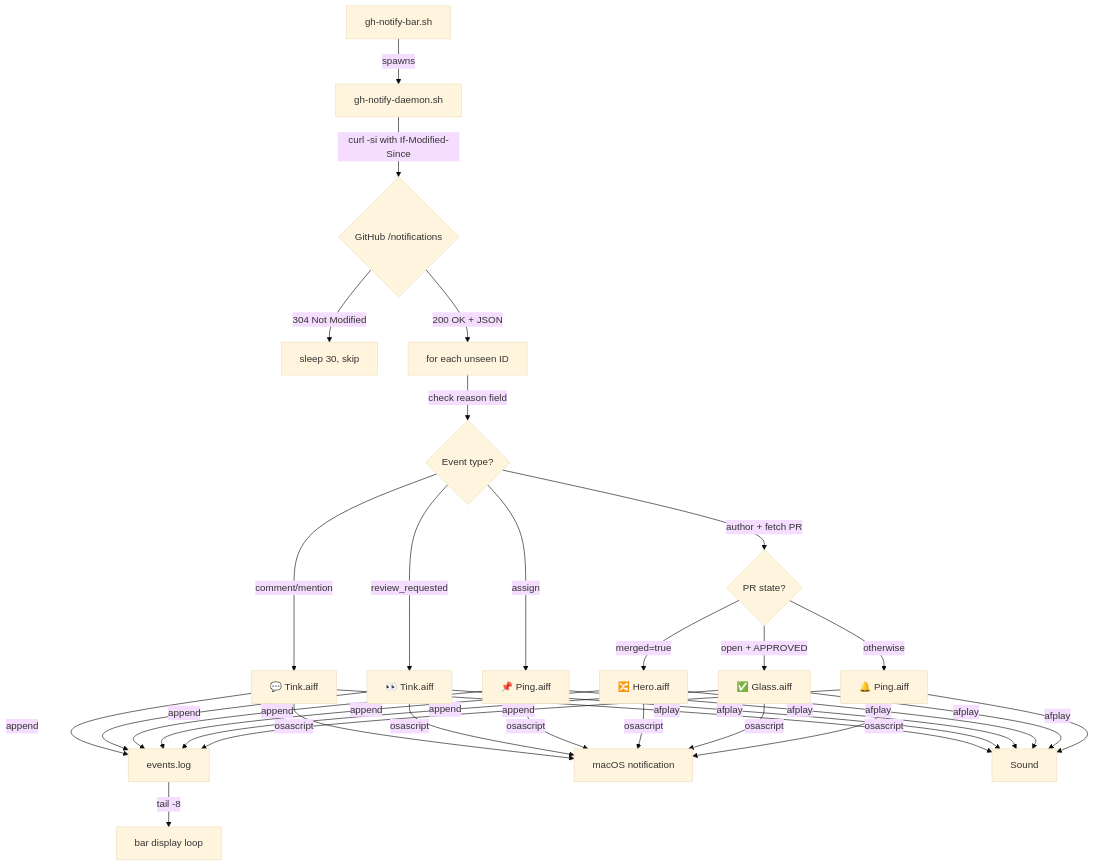
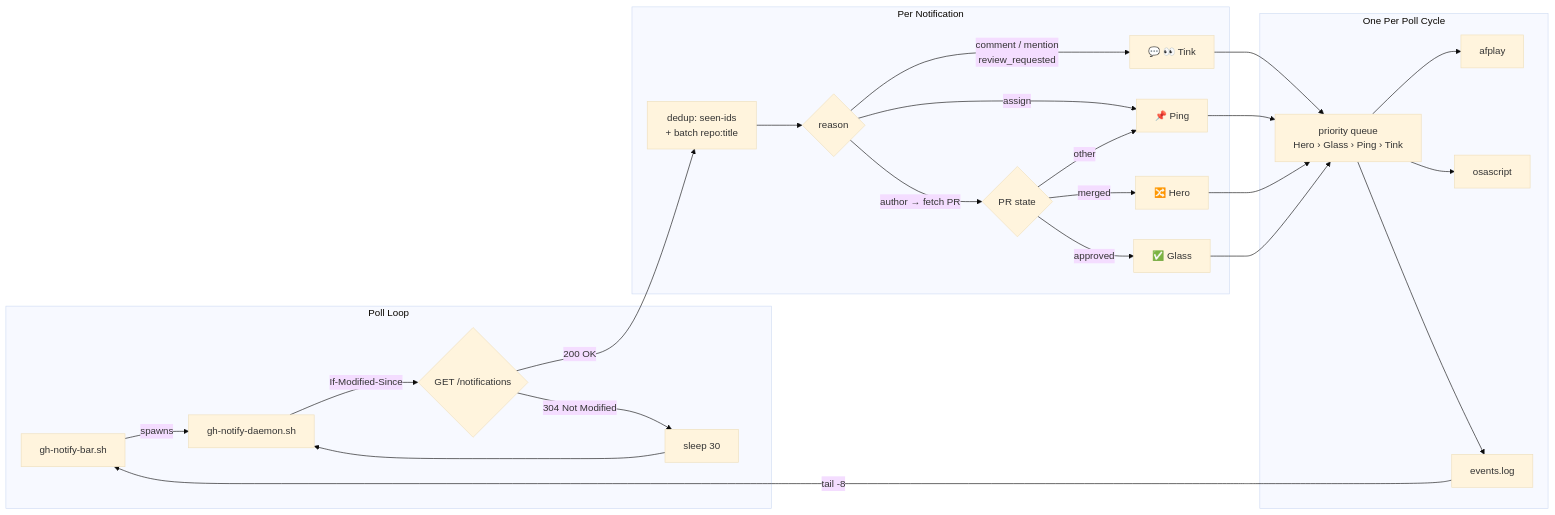
The diagram in README.md (joryeugene/gh-notify), drawn with Mermaid (base theme) before and after one commit. The commit also changed other lines of this file, not shown here.

Commit message:
docs: replace tangled TD flowchart with accurate LR subgraph diagram
The old diagram showed per-notification afplay/osascript dispatch (6 sound
nodes × 3 outputs via & syntax) which never matched the actual batch model.
New diagram uses three subgraphs (Poll Loop / Per Notification / One Per
Poll Cycle) in LR layout to accurately show the priority-queue dispatch
that runs one sound + one popup per poll cycle.

````diff
--- a/README.md
+++ b/README.md
@@ -72,19 +72,32 @@
 ```mermaid
-flowchart TD
-    B[gh-notify-bar.sh] -->|spawns| C[gh-notify-daemon.sh]
-    C -->|curl -si with If-Modified-Since| D{GitHub /notifications}
-    D -->|304 Not Modified| E[sleep 30, skip]
-    D -->|200 OK + JSON| F[for each unseen ID]
-    F -->|check reason field| G{Event type?}
-    G -->|comment/mention| H[💬 Tink.aiff]
-    G -->|review_requested| I[👀 Tink.aiff]
-    G -->|assign| J[📌 Ping.aiff]
-    G -->|author + fetch PR| K{PR state?}
-    K -->|merged=true| L[🔀 Hero.aiff]
-    K -->|open + APPROVED| M[✅ Glass.aiff]
-    K -->|otherwise| N[🔔 Ping.aiff]
-    H & I & J & L & M & N -->|append| O[events.log]
-    H & I & J & L & M & N -->|osascript| P[macOS notification]
-    H & I & J & L & M & N -->|afplay| Q[Sound]
-    O -->|tail -8| R[bar display loop]
+flowchart LR
+    subgraph loop["Poll Loop"]
+        BAR[gh-notify-bar.sh] -->|spawns| DAEMON[gh-notify-daemon.sh]
+        DAEMON -->|If-Modified-Since| POLL{GET /notifications}
+        POLL -->|304 Not Modified| SLEEP[sleep 30]
+        SLEEP --> DAEMON
+    end
+
+    subgraph classify["Per Notification"]
+        FILTER["dedup: seen-ids\n+ batch repo:title"] --> R{reason}
+        R -->|"comment / mention\nreview_requested"| TINK["💬 👀  Tink"]
+        R -->|assign| PING["📌 Ping"]
+        R -->|author → fetch PR| STATE{PR state}
+        STATE -->|merged| HERO["🔀 Hero"]
+        STATE -->|approved| GLASS["✅ Glass"]
+        STATE -->|other| PING
+    end
+
+    subgraph dispatch["One Per Poll Cycle"]
+        Q["priority queue\nHero › Glass › Ping › Tink"] --> SOUND[afplay]
+        Q --> POPUP[osascript]
+        Q --> LOG[events.log]
+    end
+
+    POLL -->|200 OK| FILTER
+    TINK --> Q
+    PING --> Q
+    HERO --> Q
+    GLASS --> Q
+    LOG -->|tail -8| BAR
 ```
````
